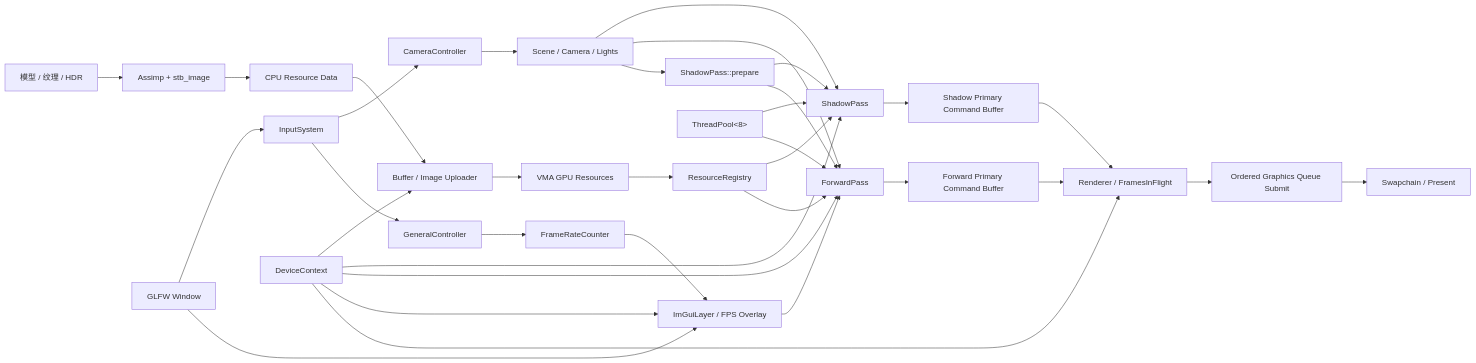
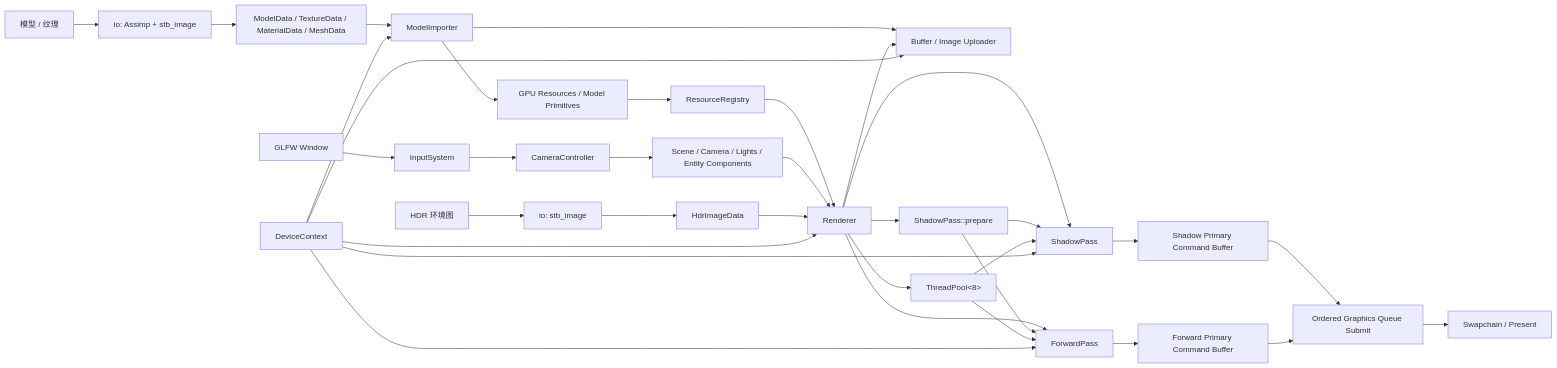
Before and after one commit to th1nk2r-git/th1nk2r_renderer: the diagram in README.md, drawn with Mermaid. The commit also changed other lines of this file and 3121 other files, not shown here.

````diff
--- a/README.md
+++ b/README.md
@@ -84,38 +75,38 @@
 ```mermaid
 flowchart LR
-    Assets["模型 / 纹理 / HDR"] --> IO["Assimp + stb_image"]
-    IO --> CPU["CPU Resource Data"]
-    CPU --> Upload["Buffer / Image Uploader"]
-    Upload --> GPU["VMA GPU Resources"]
+    Assets["模型 / 纹理"] --> IO["io: Assimp + stb_image"]
+    IO --> CPU["ModelData / TextureData / MaterialData / MeshData"]
+    CPU --> Importer["ModelImporter"]
+    Importer --> GPU["GPU Resources / Model Primitives"]
     GPU --> Registry["ResourceRegistry"]
+    Importer --> Upload["Buffer / Image Uploader"]
+    HDR["HDR 环境图"] --> ImageIO["io: stb_image"]
+    ImageIO --> Panorama["HdrImageData"]
 
     Window["GLFW Window"] --> Input["InputSystem"]
     Input --> Camera["CameraController"]
-    Camera --> Scene["Scene / Camera / Lights"]
-    Input --> General["GeneralController"]
-    General --> FPS
-    Window --> UI["ImGuiLayer / FPS Overlay"]
-    FPS["FrameRateCounter"] --> UI
-    Registry --> Shadow["ShadowPass"]
-    Scene --> Shadow
-    Registry --> Forward["ForwardPass"]
-    Scene --> Forward
-    Scene --> Prepare["ShadowPass::prepare"]
+    Camera --> Scene["Scene / Camera / Lights / Entity Components"]
+    Registry --> Renderer["Renderer"]
+    Scene --> Renderer
+    Panorama --> Renderer
+    Renderer --> Upload
+    Renderer --> Prepare["ShadowPass::prepare"]
+    Renderer --> Pool["ThreadPool&lt;8&gt;"]
+    Renderer --> Shadow["ShadowPass"]
+    Renderer --> Forward["ForwardPass"]
     Prepare --> Shadow
     Prepare --> Forward
-    Pool["ThreadPool&lt;8&gt;"] --> Shadow
+    Pool --> Shadow
     Pool --> Forward
     Shadow --> ShadowCB["Shadow Primary Command Buffer"]
     Forward --> ForwardCB["Forward Primary Command Buffer"]
-    ShadowCB --> Renderer["Renderer / FramesInFlight"]
-    ForwardCB --> Renderer
-    UI --> Forward
-    Renderer --> Submit["Ordered Graphics Queue Submit"]
+    ShadowCB --> Submit["Ordered Graphics Queue Submit"]
+    ForwardCB --> Submit
     Submit --> Swapchain["Swapchain / Present"]
 
     Device["DeviceContext"] --> Upload
+    Device --> Importer
     Device --> Shadow
     Device --> Forward
-    Device --> UI
     Device --> Renderer
 ```
````
